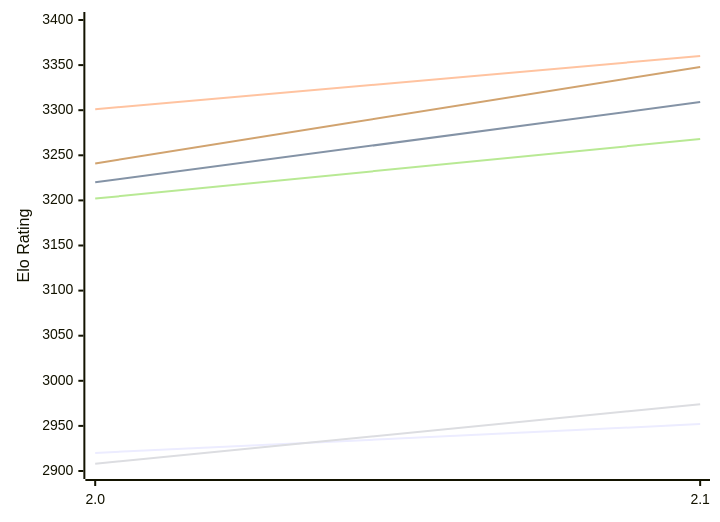
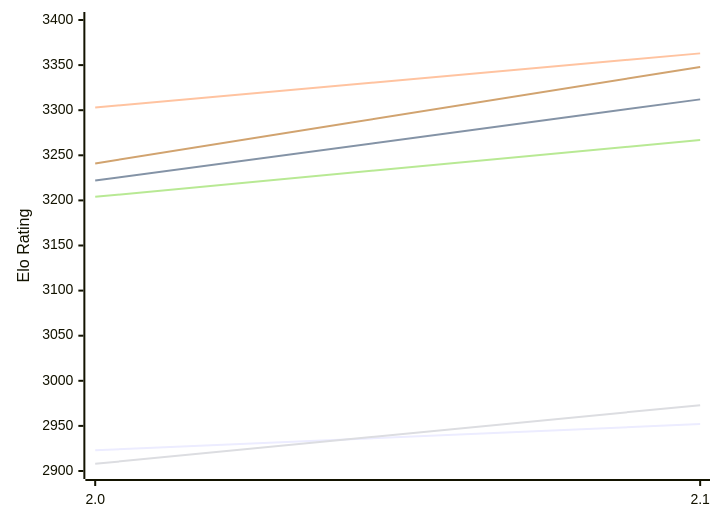
One commit to computer-chess-index/cci changed the first of 2 diagrams in engines/Onslaught.md. Above: the diagram before and after it, drawn with Mermaid. The commit also changed other lines of this file, not shown here.

Commit message:
Update CCI Ratings (ELO VLTC) - 2026-11-22

````diff
--- a/engines/Onslaught.md
+++ b/engines/Onslaught.md
@@ -50,12 +50,12 @@
 ```mermaid
 %%{init: {"theme":"base","themeVariables":{"seriesColors:['#a3a3a3','#222221','#faa371']}}}%%
 xychart-beta
   x-axis ["2.0", "2.1"]
   y-axis "Elo Rating" 2900 --> 3400
-  line "E1: STC (8.0+0.08s)" [2920, 2952]
-  line "E1: LTC (60.0+0.60s)" [3220, 3309]
-  line "E1: VLTC (2m24s+1.12s)" [3301, 3360]
-  line "P1: STC (8.0+0.08s)" [2908, 2974]
-  line "P1: LTC (60.0+0.60s)" [3202, 3268]
+  line "E1: STC (8.0+0.08s)" [2923, 2952]
+  line "E1: LTC (60.0+0.60s)" [3222, 3312]
+  line "E1: VLTC (2m24s+1.12s)" [3303, 3363]
+  line "P1: STC (8.0+0.08s)" [2908, 2973]
+  line "P1: LTC (60.0+0.60s)" [3204, 3267]
   line "P1: VLTC (2m24s+1.12s)" [3241, 3348]
 ```
````
